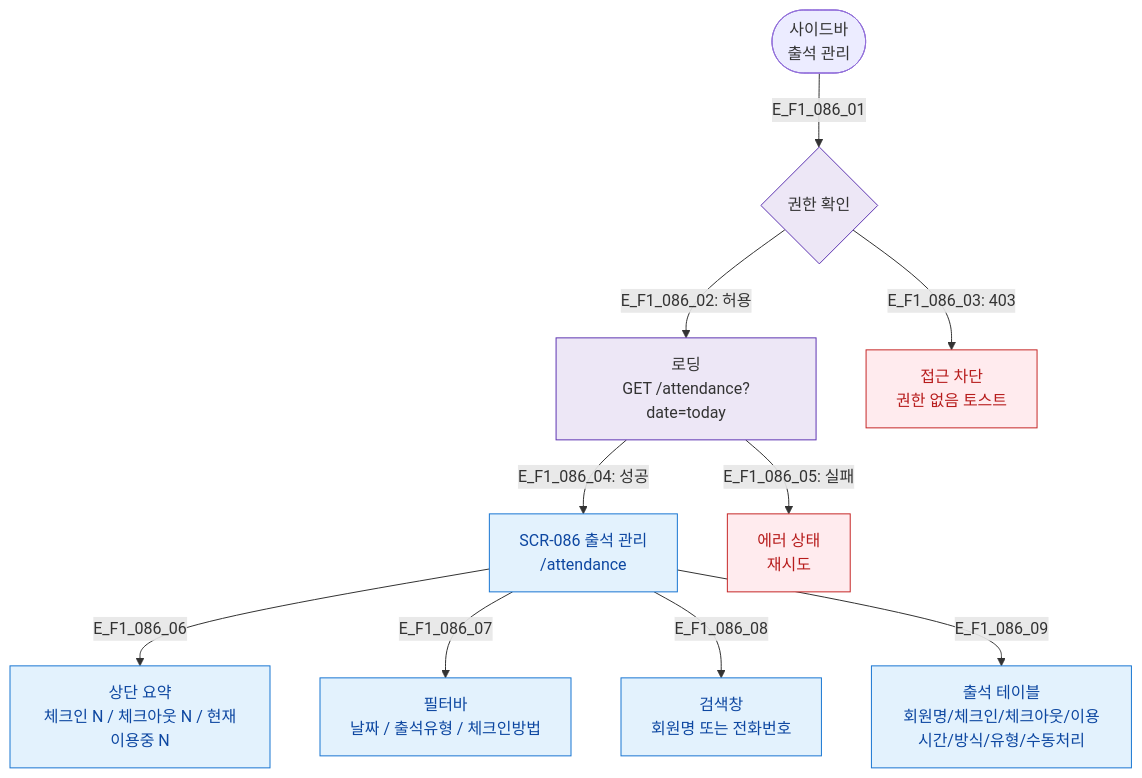
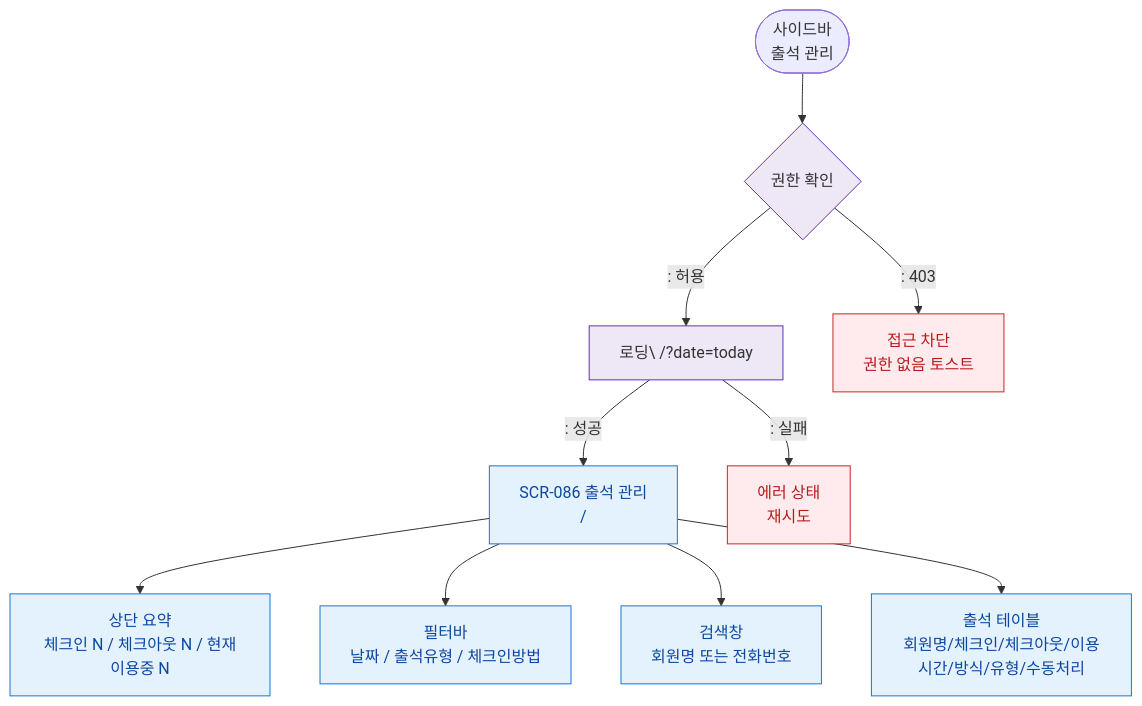
The diagram in docs/다이어그램/D09_설정관리/SCR-086_출석관리_회원/F1_진입.md (dev-spogym/admin-pando), drawn with Mermaid before and after one commit. The commit also changed other lines of this file and 1660 other files, not shown here.

First line of the commit message:
다이어그램: 기획자/클라이언트 납품본으로 정리

````diff
--- a/docs/다이어그램/D09_설정관리/SCR-086_출석관리_회원/F1_진입.md
+++ b/docs/다이어그램/D09_설정관리/SCR-086_출석관리_회원/F1_진입.md
@@ -14,22 +12,22 @@
 ```mermaid
 flowchart TD
-    Sidebar([사이드바\n출석 관리]) -->|E_F1_086_01| Auth{권한 확인}
-    Auth -->|"E_F1_086_02: 허용"| Loading[로딩\nGET /attendance?date=today]
-    Auth -->|"E_F1_086_03: 403"| Blocked[접근 차단\n권한 없음 토스트]
+    Sidebar([사이드바\n출석 관리]) --> Auth{권한 확인}
+    Auth -->|": 허용"|Loading[로딩\ /?date=today]
+    Auth -->|": 403"|Blocked[접근 차단\n권한 없음 토스트]
 
-    Loading -->|"E_F1_086_04: 성공"| SCR086[SCR-086 출석 관리\n/attendance]
-    Loading -->|"E_F1_086_05: 실패"| ErrorState[에러 상태\n재시도]
+    Loading -->|": 성공"|SCR086[SCR-086 출석 관리\n/]
+    Loading -->|": 실패"|ErrorState[에러 상태\n재시도]
 
-    SCR086 -->|E_F1_086_06| Summary[상단 요약\n체크인 N / 체크아웃 N / 현재이용중 N]
-    SCR086 -->|E_F1_086_07| FilterBar[필터바\n날짜 / 출석유형 / 체크인방법]
-    SCR086 -->|E_F1_086_08| SearchBar[검색창\n회원명 또는 전화번호]
-    SCR086 -->|E_F1_086_09| AttendanceTable[출석 테이블\n회원명/체크인/체크아웃/이용시간/방식/유형/수동처리]
+    SCR086 --> Summary[상단 요약\n체크인 N / 체크아웃 N / 현재이용중 N]
+    SCR086 --> FilterBar[필터바\n날짜 / 출석유형 / 체크인방법]
+    SCR086 --> SearchBar[검색창\n회원명 또는 전화번호]
+    SCR086 --> AttendanceTable[출석 테이블\n회원명/체크인/체크아웃/이용시간/방식/유형/수동처리]
 
     classDef screen fill:#E3F2FD,stroke:#1976D2,color:#0D47A1
     classDef error fill:#FFEBEE,stroke:#C62828,color:#B71C1C
     classDef system fill:#EDE7F6,stroke:#5E35B2
     classDef rbacBlocked fill:#F5F5F5,stroke:#9E9E9E,color:#616161
     class SCR086,Summary,FilterBar,SearchBar,AttendanceTable screen
     class ErrorState,Blocked error
     class Loading,Auth system
 ```
````
